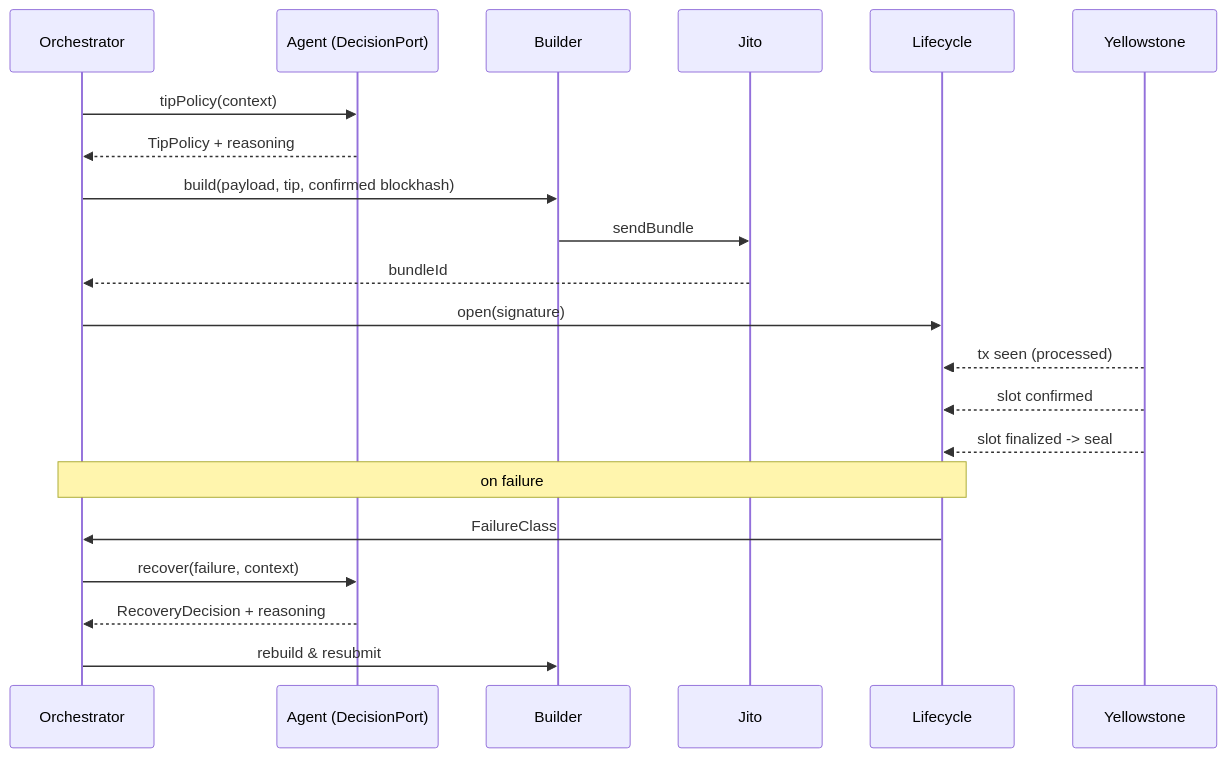
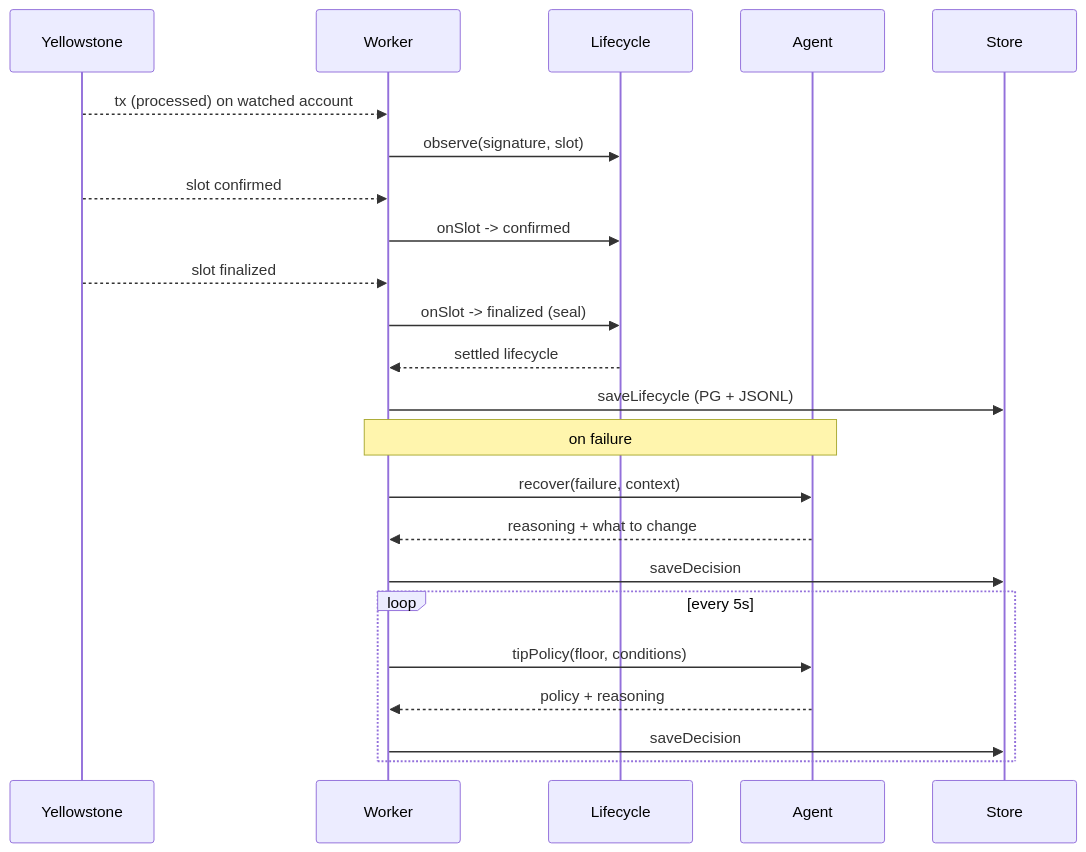
The second of 3 diagrams in ARCHITECTURE.md (sadiqsaidu/photon), drawn with Mermaid before and after one commit. The commit also changed other lines of this file and 23 other files, not shown here.

````diff
--- a/ARCHITECTURE.md
+++ b/ARCHITECTURE.md
@@ -96,24 +108,26 @@
 ```mermaid
 sequenceDiagram
-  participant O as Orchestrator
-  participant A as Agent (DecisionPort)
-  participant B as Builder
-  participant J as Jito
+  participant S as Yellowstone
+  participant W as Worker
   participant L as Lifecycle
-  participant S as Yellowstone
+  participant A as Agent
+  participant D as Store
 
-  O->>A: tipPolicy(context)
-  A-->>O: TipPolicy + reasoning
-  O->>B: build(payload, tip, confirmed blockhash)
-  B->>J: sendBundle
-  J-->>O: bundleId
-  O->>L: open(signature)
-  S-->>L: tx seen  (processed)
-  S-->>L: slot confirmed
-  S-->>L: slot finalized -> seal
-  Note over L,O: on failure
-  L->>O: FailureClass
-  O->>A: recover(failure, context)
-  A-->>O: RecoveryDecision + reasoning
-  O->>B: rebuild & resubmit
+  S-->>W: tx (processed) on watched account
+  W->>L: observe(signature, slot)
+  S-->>W: slot confirmed
+  W->>L: onSlot -> confirmed
+  S-->>W: slot finalized
+  W->>L: onSlot -> finalized (seal)
+  L-->>W: settled lifecycle
+  W->>D: saveLifecycle (PG + JSONL)
+  Note over W,A: on failure
+  W->>A: recover(failure, context)
+  A-->>W: reasoning + what to change
+  W->>D: saveDecision
+  loop every 5s
+    W->>A: tipPolicy(floor, conditions)
+    A-->>W: policy + reasoning
+    W->>D: saveDecision
+  end
 ```
````
